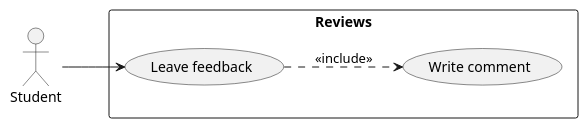
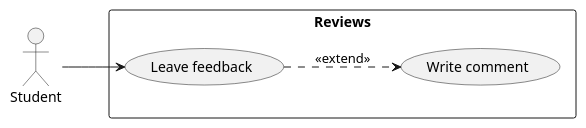
One commit to AlexShukel/PSI2025 changed the diagram in use-case-diagram/useCaseP7.md. Above: the diagram before and after it, drawn with PlantUML. The commit also changed 3 other files, not shown here.

Commit message:
Change include to extend

```diff
--- a/use-case-diagram/useCaseP7.md
+++ b/use-case-diagram/useCaseP7.md
@@ -1,16 +1,16 @@
 @startuml Reviews_Feedback
 left to right direction
 skinparam packageStyle rectangle
 
 actor "Student" as Student
 
 rectangle "Reviews" {
   usecase (Leave feedback) as UC_REV
   usecase (Write comment) as UC_COMMENT
 }
 
 Student --> UC_REV
 
-UC_REV ..> UC_COMMENT : <<include>>
+UC_REV ..> UC_COMMENT : <<extend>>
 
 @enduml
```
